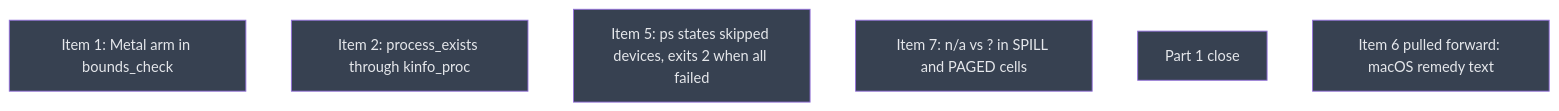
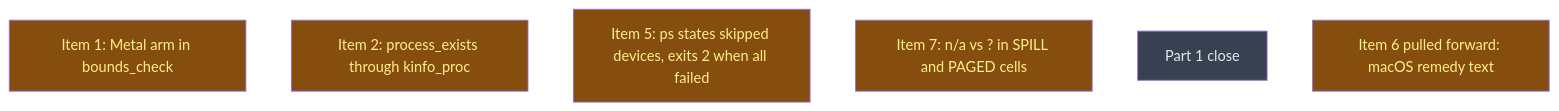
Before and after one commit to LittleCoinCoin/hypomnesis: the diagram in __roadmap__/v0214-sandbox/part1/README.md, drawn with Mermaid. The commit also changed other lines of this file and 1 other file, not shown here.

Commit message:
docs(roadmap): start PR B — part1 and its five code leaves in progress
v0214-part1 created at PR A's head aec53db (PR #6 still open, no
changes requested). The five code leaves are dispatched in parallel
on task branches off v0214-part1.

````diff
--- a/__roadmap__/v0214-sandbox/part1/README.md
+++ b/__roadmap__/v0214-sandbox/part1/README.md
@@ -26,14 +26,14 @@
 ```mermaid
 graph TD
-    metal_bounds_check[Item 1: Metal arm in bounds_check]:::planned
-    process_exists_kinfo[Item 2: process_exists through kinfo_proc]:::planned
-    ps_failed_devices[Item 5: ps states skipped devices, exits 2 when all failed]:::planned
-    spill_cell_na[Item 7: n/a vs ? in SPILL and PAGED cells]:::planned
+    metal_bounds_check[Item 1: Metal arm in bounds_check]:::inprogress
+    process_exists_kinfo[Item 2: process_exists through kinfo_proc]:::inprogress
+    ps_failed_devices[Item 5: ps states skipped devices, exits 2 when all failed]:::inprogress
+    spill_cell_na[Item 7: n/a vs ? in SPILL and PAGED cells]:::inprogress
     close[Part 1 close]:::planned
-    remedy_macos[Item 6 pulled forward: macOS remedy text]:::planned
+    remedy_macos[Item 6 pulled forward: macOS remedy text]:::inprogress
     classDef done       fill:#166534,color:#bbf7d0
     classDef inprogress fill:#854d0e,color:#fef08a
     classDef planned    fill:#374151,color:#e5e7eb
     classDef amendment  fill:#1e3a5f,color:#bfdbfe
     classDef blocked    fill:#7f1d1d,color:#fecaca
 ```
````
